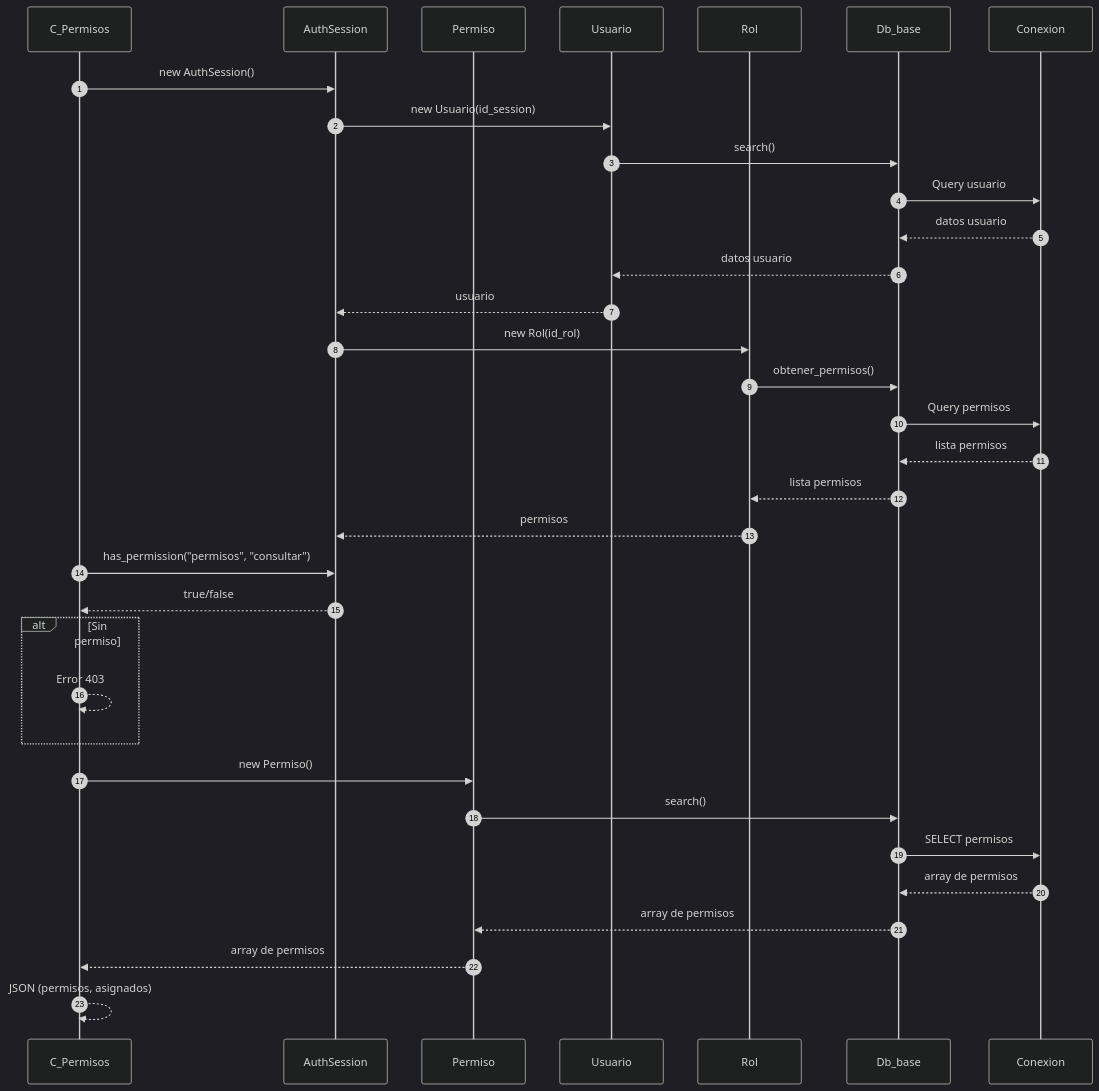
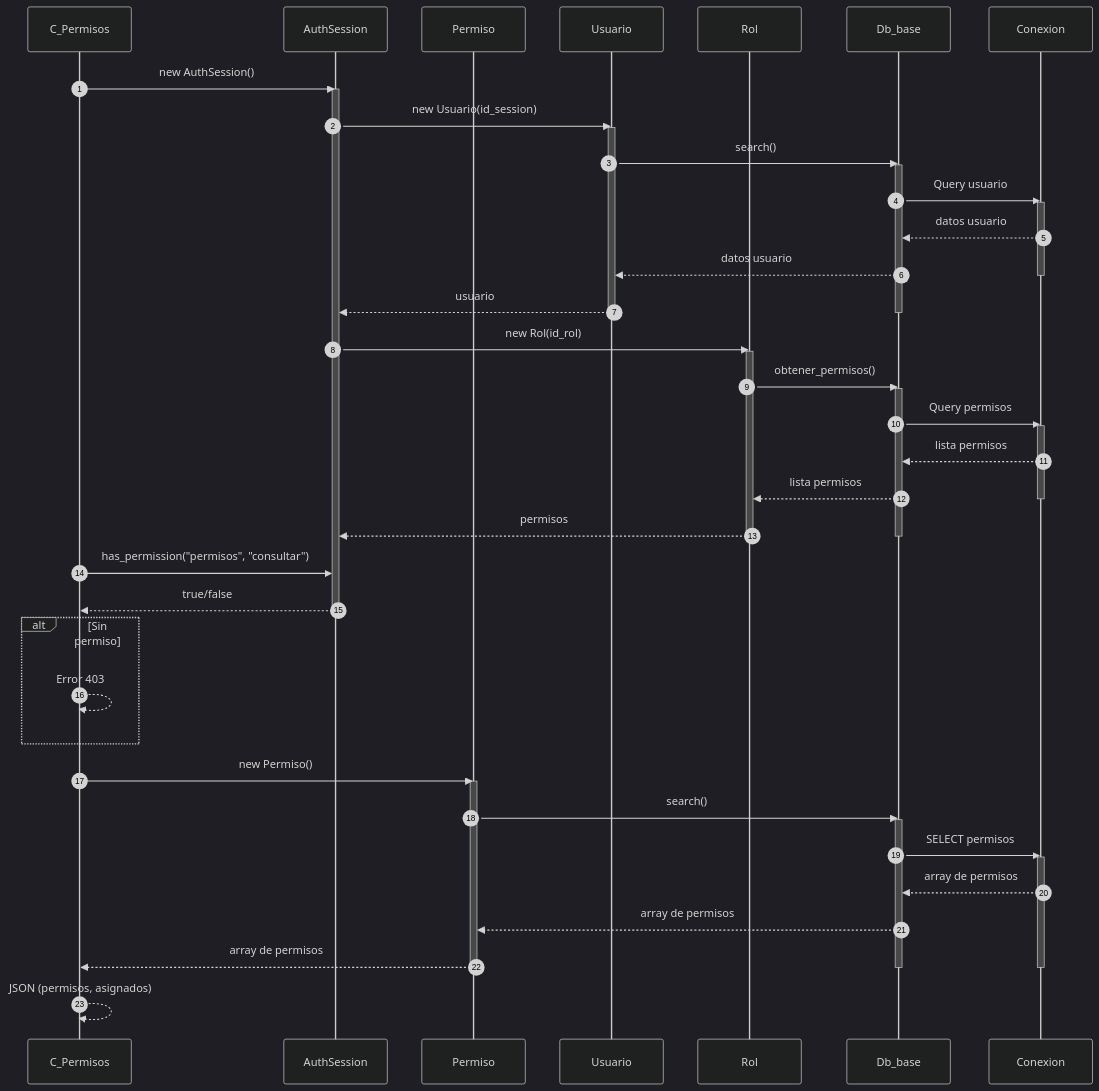
One commit to Tecrato/BurgerHouse changed the second of 4 diagrams in docs/secuencia/permisos/permisos.md. Above: the diagram before and after it, drawn with Mermaid (dark theme). The commit also changed other lines of this file and 16 other files, not shown here.

First line of the commit message:
Annotate mermaid sequences & throttle generator

````diff
--- a/docs/secuencia/permisos/permisos.md
+++ b/docs/secuencia/permisos/permisos.md
@@ -50,42 +70,62 @@
 ```mermaid
 sequenceDiagram
     autonumber
     participant C_Permisos as C_Permisos
     participant AuthSession as AuthSession
     participant Permiso as Permiso
     participant Usuario as Usuario
     participant Rol as Rol
     participant Db_base as Db_base
     participant Conexion as Conexion
     
     C_Permisos->>AuthSession: new AuthSession()
+    activate AuthSession
     AuthSession->>Usuario: new Usuario(id_session)
+    activate Usuario
     Usuario->>Db_base: search()
+    activate Db_base
     Db_base->>Conexion: Query usuario
+    activate Conexion
     Conexion-->>Db_base: datos usuario
     Db_base-->>Usuario: datos usuario
+    deactivate Conexion
     Usuario-->>AuthSession: usuario
+    deactivate Usuario
+    deactivate Db_base
     
     AuthSession->>Rol: new Rol(id_rol)
+    activate Rol
     Rol->>Db_base: obtener_permisos()
+    activate Db_base
     Db_base->>Conexion: Query permisos
+    activate Conexion
     Conexion-->>Db_base: lista permisos
     Db_base-->>Rol: lista permisos
+    deactivate Conexion
     Rol-->>AuthSession: permisos
+    deactivate Rol
+    deactivate Db_base
     
     C_Permisos->>AuthSession: has_permission("permisos", "consultar")
     AuthSession-->>C_Permisos: true/false
+    deactivate AuthSession
     
     alt Sin permiso
         C_Permisos-->>C_Permisos: Error 403
     end
     
     C_Permisos->>Permiso: new Permiso()
+    activate Permiso
     Permiso->>Db_base: search()
+    activate Db_base
     Db_base->>Conexion: SELECT permisos
+    activate Conexion
     Conexion-->>Db_base: array de permisos
     Db_base-->>Permiso: array de permisos
     Permiso-->>C_Permisos: array de permisos
+    deactivate Permiso
+    deactivate Conexion
+    deactivate Db_base
     
     C_Permisos-->>C_Permisos: JSON (permisos, asignados)
 ```
````
